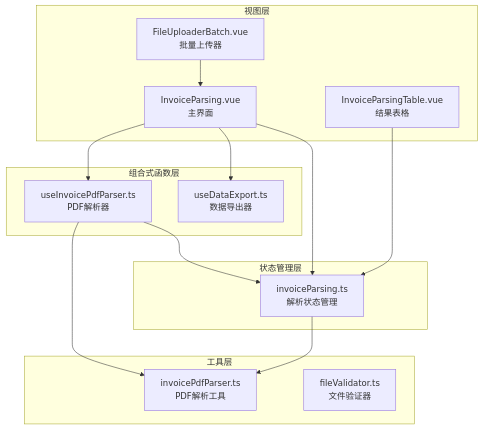
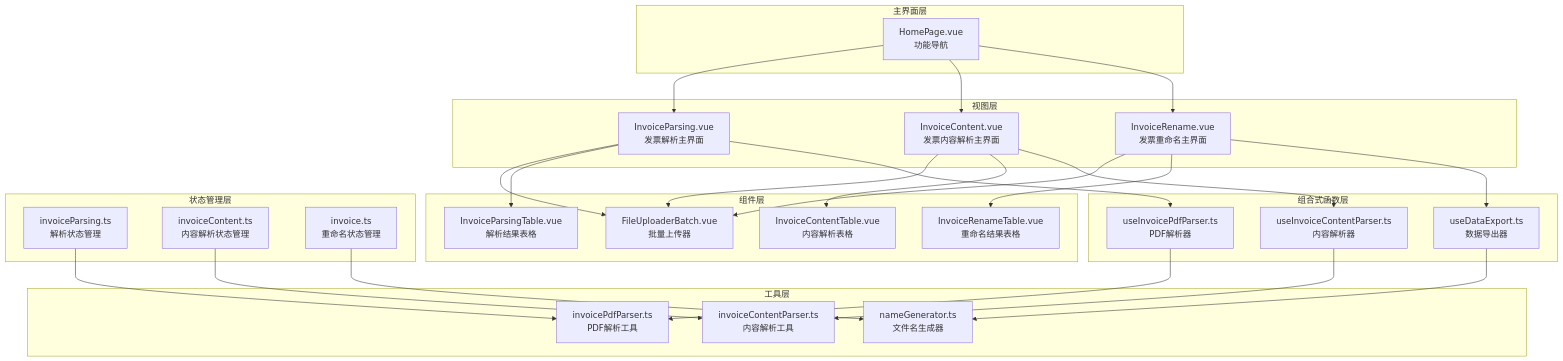
Before and after one commit to dunhuixiao/FinanceTools: the first of 8 diagrams in .qoder/repowiki/zh/content/发票解析功能/发票解析功能.md, drawn with Mermaid. The commit also changed other lines of this file and 20 other files, not shown here.

````diff
--- a/.qoder/repowiki/zh/content/发票解析功能/发票解析功能.md
+++ b/.qoder/repowiki/zh/content/发票解析功能/发票解析功能.md
@@ -42,27 +65,50 @@
 ```mermaid
 graph TB
+subgraph "主界面层"
+H1[HomePage.vue<br/>功能导航]
+end
 subgraph "视图层"
-V1[InvoiceParsing.vue<br/>主界面]
-V2[InvoiceParsingTable.vue<br/>结果表格]
-V3[FileUploaderBatch.vue<br/>批量上传器]
+V1[InvoiceParsing.vue<br/>发票解析主界面]
+V2[InvoiceContent.vue<br/>发票内容解析主界面]
+V3[InvoiceRename.vue<br/>发票重命名主界面]
+end
+subgraph "组件层"
+C1[FileUploaderBatch.vue<br/>批量上传器]
+C2[InvoiceParsingTable.vue<br/>解析结果表格]
+C3[InvoiceContentTable.vue<br/>内容解析表格]
+C4[InvoiceRenameTable.vue<br/>重命名结果表格]
 end
 subgraph "组合式函数层"
-C1[useInvoicePdfParser.ts<br/>PDF解析器]
-C2[useDataExport.ts<br/>数据导出器]
+C5[useInvoicePdfParser.ts<br/>PDF解析器]
+C6[useInvoiceContentParser.ts<br/>内容解析器]
+C7[useDataExport.ts<br/>数据导出器]
 end
 subgraph "状态管理层"
 S1[invoiceParsing.ts<br/>解析状态管理]
+S2[invoiceContent.ts<br/>内容解析状态管理]
+S3[invoice.ts<br/>重命名状态管理]
 end
 subgraph "工具层"
 U1[invoicePdfParser.ts<br/>PDF解析工具]
-U2[fileValidator.ts<br/>文件验证器]
+U2[invoiceContentParser.ts<br/>内容解析工具]
+U3[nameGenerator.ts<br/>文件名生成器]
 end
+H1 --> V1
+H1 --> V2
+H1 --> V3
 V1 --> C1
+V2 --> C1
+V3 --> C1
 V1 --> C2
-V1 --> S1
-V2 --> S1
-V3 --> V1
-C1 --> U1
-C1 --> S1
+V2 --> C3
+V3 --> C4
+V1 --> C5
+V2 --> C6
+V3 --> C7
+C5 --> U1
+C6 --> U2
+C7 --> U3
 S1 --> U1
+S2 --> U2
+S3 --> U3
 ```
````
